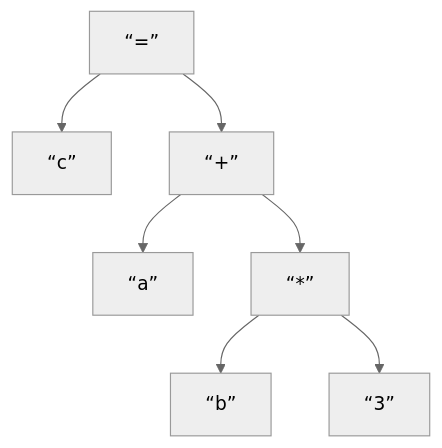
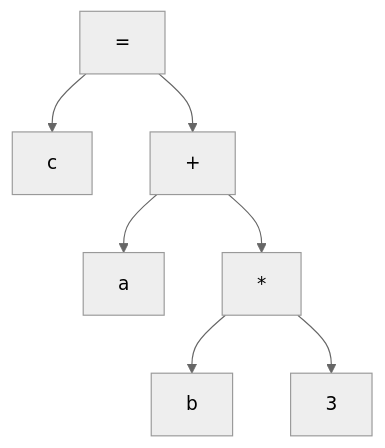
Before and after one commit to Chang-Chiang/Performance-Analysis-And-Tuning: the third of 5 diagrams in docs/compiler.md, drawn with Mermaid (neutral theme). The commit also changed other lines of this file and 9 other files, not shown here.

````diff
--- a/docs/compiler.md
+++ b/docs/compiler.md
@@ -188,9 +226,9 @@
 ```mermaid
 graph TD
-    ASSIGN[“=”] --> ID_C[“c”]
-    ASSIGN --> PLUS[“+”]
-    PLUS --> ID_A[“a”]
-    PLUS --> MUL[“*”]
-    MUL --> ID_B[“b”]
-    MUL --> CONST_3[“3”]
+    ASSIGN["="] --> ID_C["c"]
+    ASSIGN --> PLUS["+"]
+    PLUS --> ID_A["a"]
+    PLUS --> MUL["*"]
+    MUL --> ID_B["b"]
+    MUL --> CONST_3["3"]
 ```
````
